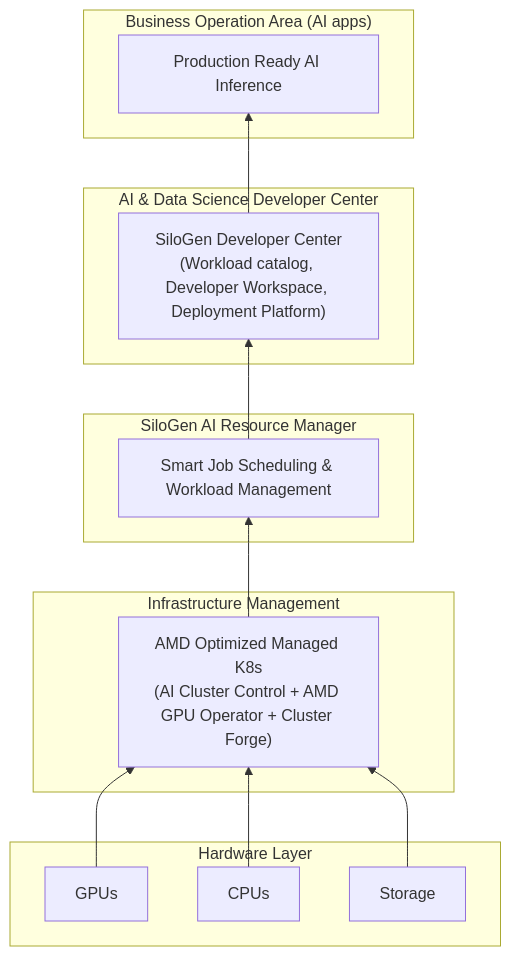
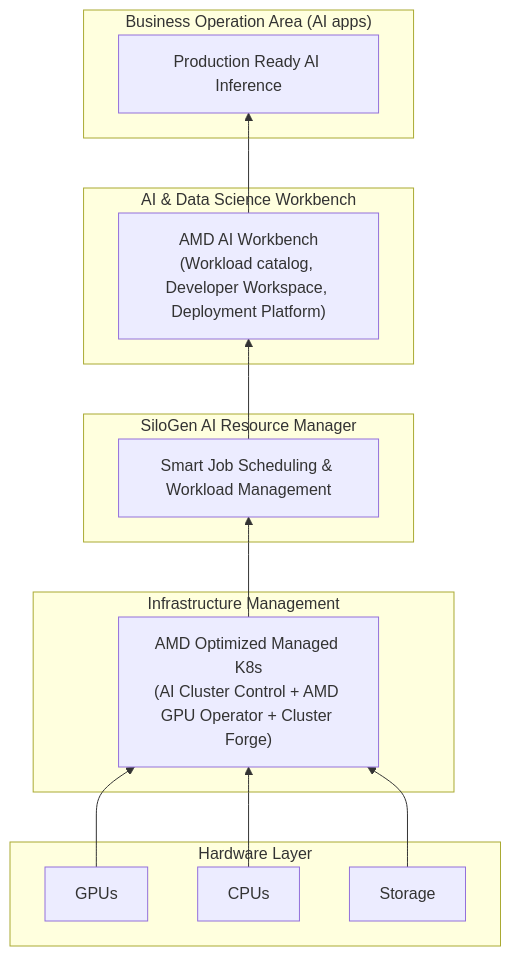
Before and after one commit to silogen/docs: the third of 3 diagrams in docs/ref-architecture/Enterprise-AI-Architecture.md, drawn with Mermaid. The commit also changed other lines of this file and 10 other files, not shown here.

Commit message:
Replace Developer Center name with a new variant

````diff
--- a/docs/ref-architecture/Enterprise-AI-Architecture.md
+++ b/docs/ref-architecture/Enterprise-AI-Architecture.md
@@ -150,31 +150,31 @@
 ```mermaid
 flowchart BT
     subgraph L1["Hardware Layer"]
         H1[GPUs]
         H2[CPUs]
         H3[Storage]
     end
 
     subgraph L2["Infrastructure Management"]
         IM1["AMD Optimized Managed K8s\n(AI Cluster Control + AMD GPU Operator + Cluster Forge)"]
     end
 
     subgraph L3["SiloGen AI Resource Manager"]
         RM1["Smart Job Scheduling & Workload Management"]
     end
 
-    subgraph L4["AI & Data Science Developer Center"]
-        DC1["SiloGen Developer Center\n(Workload catalog, Developer Workspace, Deployment Platform)"]
+    subgraph L4["AI & Data Science Workbench"]
+        DC1["AMD AI Workbench\n(Workload catalog, Developer Workspace, Deployment Platform)"]
     end
 
     subgraph L5["Business Operation Area (AI apps)"]
         BO1["Production Ready AI Inference"]
     end
 
     H1 --> IM1
     H2 --> IM1
     H3 --> IM1
     IM1 --> RM1
     RM1 --> DC1
     DC1 --> BO1
 ```
````
